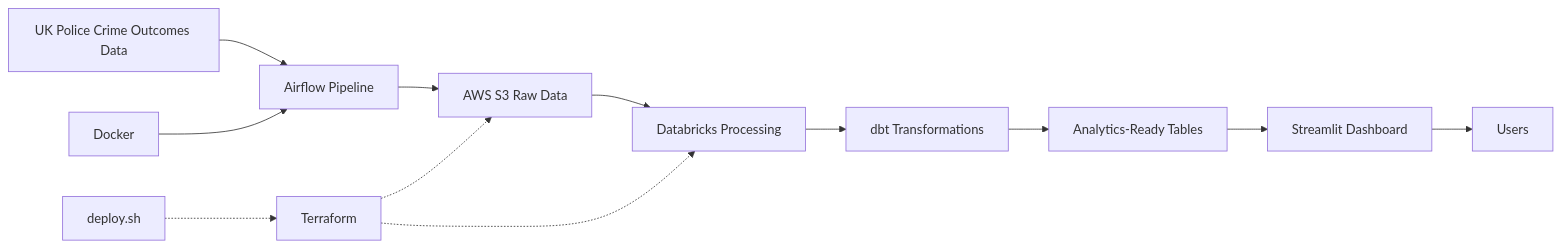
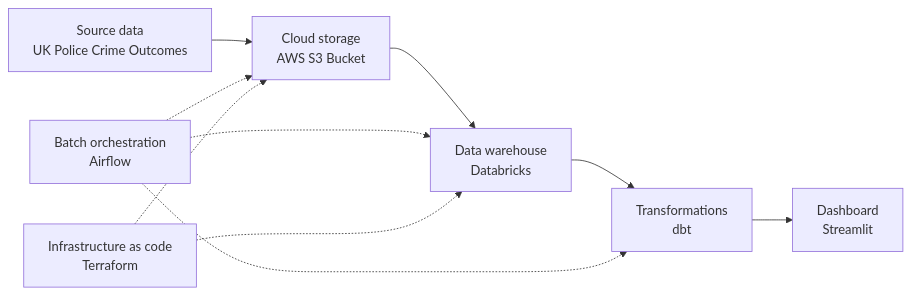
One commit to CaThY-988/sheffield-crime-outcomes changed the diagram in README.md. Above: the diagram before and after it, drawn with Mermaid. The commit also changed other lines of this file, not shown here.

Commit message:
Readme edits

````diff
--- a/README.md
+++ b/README.md
@@ -36,14 +36,14 @@
 ```mermaid
 graph LR;
-    A[UK Police Crime Outcomes Data] --> B[Airflow Pipeline];
-    B --> C[AWS S3 Raw Data];
-    C --> D[Databricks Processing];
-    D --> E[dbt Transformations];
-    E --> F[Analytics-Ready Tables];
-    F --> G[Streamlit Dashboard];
-    G --> H[Users];
-    I[Docker] --> B;
-    J[Terraform] -.-> C;
-    J -.-> D;
-    K[deploy.sh] -.-> J;
+    A[Source data<br/>UK Police Crime Outcomes] --> B[Cloud storage<br/>AWS S3 Bucket];
+    B --> C[Data warehouse<br/>Databricks];
+    C --> D[Transformations<br/>dbt];
+    D --> E[Dashboard<br/>Streamlit];
+
+    F[Batch orchestration<br/>Airflow] -.-> B;
+    F -.-> C;
+    F -.-> D;
+
+    G[Infrastructure as code<br/>Terraform] -.-> B;
+    G -.-> C;
 ```
````
